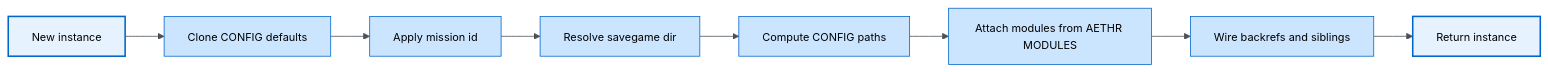
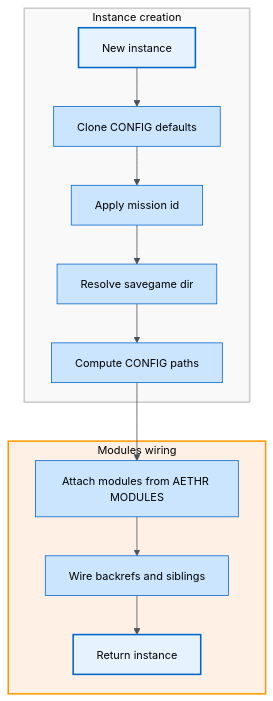
One commit to Gh0st352/AETHR changed the first of 4 diagrams in docs/aethr/README.md. Above: the diagram before and after it, drawn with Mermaid. The commit also changed other lines of this file and 6 other files, not shown here.

First line of the commit message:
Refactor documentation with enhanced flowcharts and sequence diagrams

````diff
--- a/docs/aethr/README.md
+++ b/docs/aethr/README.md
@@ -30,19 +30,33 @@
 ```mermaid
-%%{init: {"theme": "base", "themeVariables": {"primaryColor":"#e6f3ff","primaryBorderColor":"#0066cc","primaryTextColor":"#000","lineColor":"#495057","textColor":"#000","fontSize":"14px"}}}%%
-flowchart LR
-  N[New instance] --> C[Clone CONFIG defaults]
-  C --> ID[Apply mission id]
-  ID --> SD[Resolve savegame dir]
-  SD --> PC[Compute CONFIG paths]
-  PC --> AM[Attach modules from AETHR MODULES]
-  AM --> BR[Wire backrefs and siblings]
-  BR --> RT[Return instance]
+%%{init: {"theme":"base","themeVariables":{"primaryColor":"#e6f3ff","primaryBorderColor":"#0066cc","lineColor":"#495057","textColor":"#e9ecef","fontSize":"14px"}}}%%
+flowchart
+  %% Groupings
+  subgraph INSTANCE ["Instance creation"]
+    N["New instance"]
+    C["Clone CONFIG defaults"]
+    ID["Apply mission id"]
+    SD["Resolve savegame dir"]
+    PC["Compute CONFIG paths"]
+  end
+
+  subgraph MODULES ["Modules wiring"]
+    AM["Attach modules from AETHR MODULES"]
+    BR["Wire backrefs and siblings"]
+    RT["Return instance"]
+  end
+
+  %% Flow
+  N --> C --> ID --> SD --> PC --> AM --> BR --> RT
 
   %% Styles
   classDef core fill:#e6f3ff,stroke:#0066cc,stroke-width:2px,color:#000
   classDef process fill:#cce5ff,stroke:#0066cc,color:#000
 
   %% Apply classes
   class N,RT core
   class C,ID,SD,PC,AM,BR process
+
+  %% Subgraph styles
+  style INSTANCE fill:#f9f9f9,stroke:#ccc,stroke-width:2px
+  style MODULES fill:#fff0e6,stroke:#ff9900,stroke-width:2px
 ```
````
